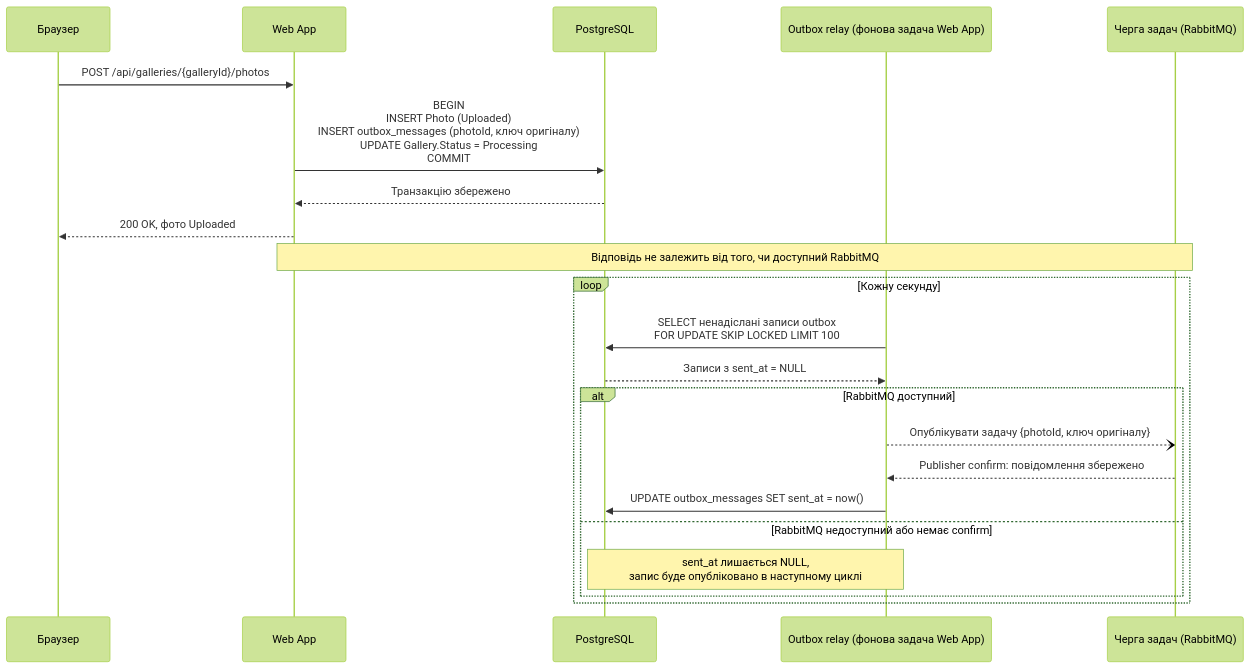
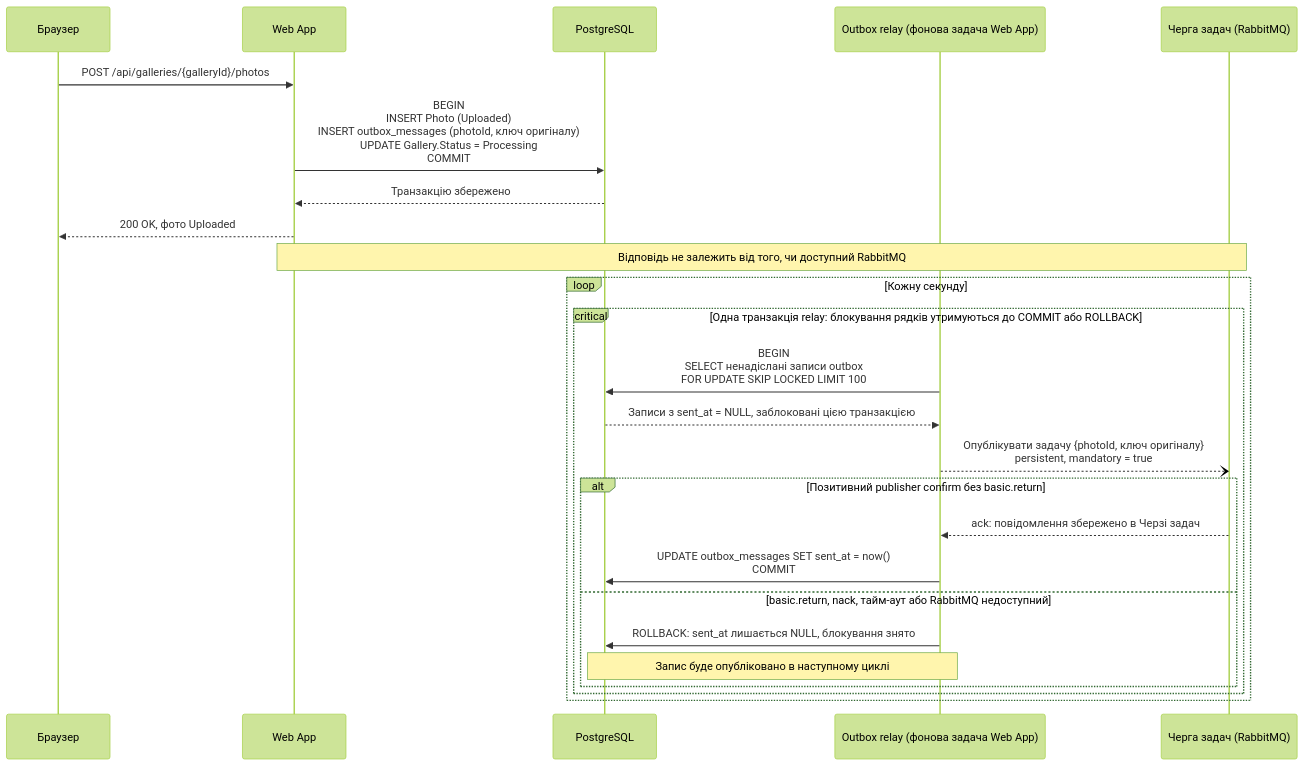
The diagram in docs/06-concurrency/cs-202-transactional-outbox.md (alonasaienko/picpick), drawn with Mermaid (forest theme) before and after one commit. The commit also changed other lines of this file, not shown here.

Commit message:
docs(concurrency): define relay transaction boundaries in CS-202

````diff
--- a/docs/06-concurrency/cs-202-transactional-outbox.md
+++ b/docs/06-concurrency/cs-202-transactional-outbox.md
@@ -25,26 +25,29 @@
 ```mermaid
 sequenceDiagram
     participant Browser as Браузер
     participant WebApp as Web App
     participant PostgreSQL as PostgreSQL
     participant Relay as Outbox relay (фонова задача Web App)
     participant Tasks as Черга задач (RabbitMQ)
 
     Browser->>WebApp: POST /api/galleries/{galleryId}/photos
     WebApp->>PostgreSQL: BEGIN<br/>INSERT Photo (Uploaded)<br/>INSERT outbox_messages (photoId, ключ оригіналу)<br/>UPDATE Gallery.Status = Processing<br/>COMMIT
     PostgreSQL-->>WebApp: Транзакцію збережено
     WebApp-->>Browser: 200 OK, фото Uploaded
     Note over WebApp,Tasks: Відповідь не залежить від того, чи доступний RabbitMQ
 
     loop Кожну секунду
-        Relay->>PostgreSQL: SELECT ненадіслані записи outbox<br/>FOR UPDATE SKIP LOCKED LIMIT 100
-        PostgreSQL-->>Relay: Записи з sent_at = NULL
-        alt RabbitMQ доступний
-            Relay--)Tasks: Опублікувати задачу {photoId, ключ оригіналу}
-            Tasks-->>Relay: Publisher confirm: повідомлення збережено
-            Relay->>PostgreSQL: UPDATE outbox_messages SET sent_at = now()
-        else RabbitMQ недоступний або немає confirm
-            Note over Relay,PostgreSQL: sent_at лишається NULL,<br/>запис буде опубліковано в наступному циклі
+        critical Одна транзакція relay: блокування рядків утримуються до COMMIT або ROLLBACK
+            Relay->>PostgreSQL: BEGIN<br/>SELECT ненадіслані записи outbox<br/>FOR UPDATE SKIP LOCKED LIMIT 100
+            PostgreSQL-->>Relay: Записи з sent_at = NULL, заблоковані цією транзакцією
+            Relay--)Tasks: Опублікувати задачу {photoId, ключ оригіналу}<br/>persistent, mandatory = true
+            alt Позитивний publisher confirm без basic.return
+                Tasks-->>Relay: ack: повідомлення збережено в Черзі задач
+                Relay->>PostgreSQL: UPDATE outbox_messages SET sent_at = now()<br/>COMMIT
+            else basic.return, nack, тайм-аут або RabbitMQ недоступний
+                Relay->>PostgreSQL: ROLLBACK: sent_at лишається NULL, блокування знято
+                Note over Relay,PostgreSQL: Запис буде опубліковано в наступному циклі
+            end
         end
     end
 ```
````
